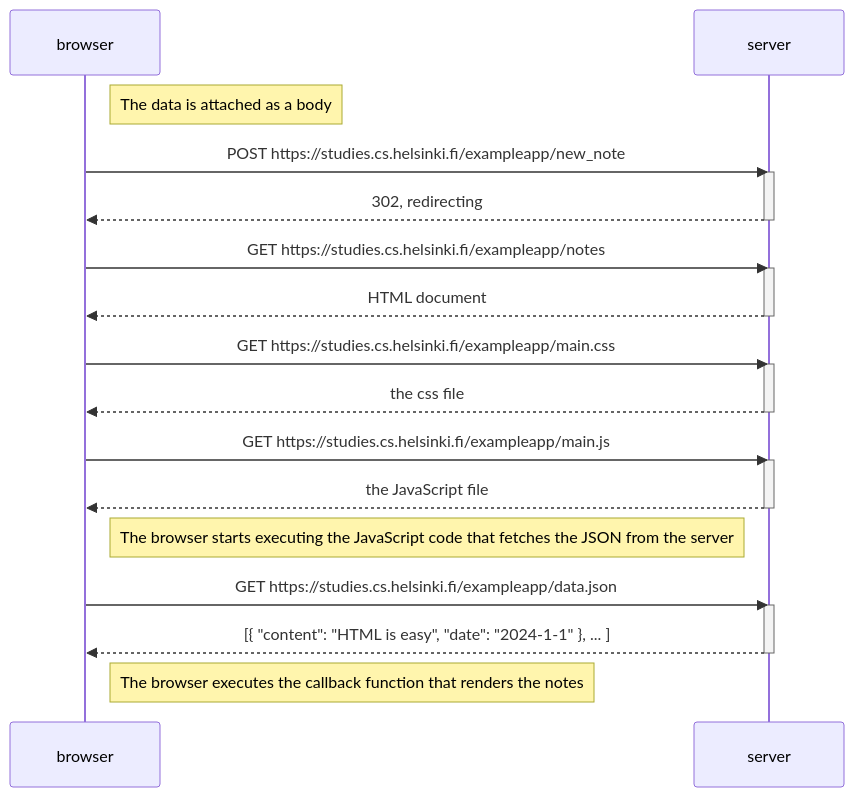
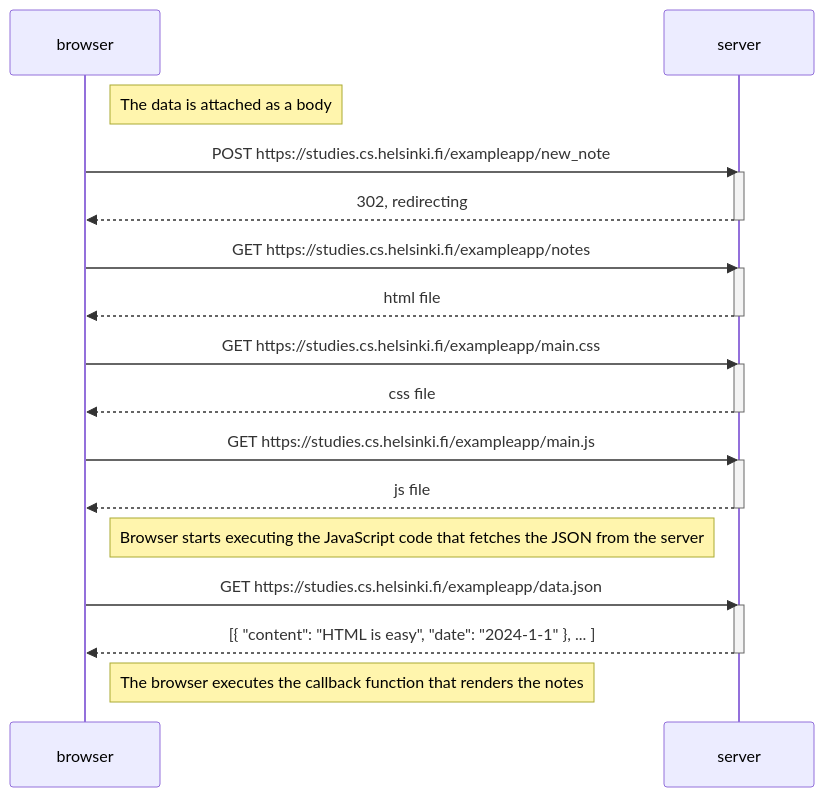
Before and after one commit to nurmiruusu/fullstack-part-0: the diagram in 0.4.md, drawn with Mermaid.

````diff
--- a/0.4.md
+++ b/0.4.md
@@ -1,36 +1,36 @@
 ```mermaid
 sequenceDiagram
     participant browser
     participant server
 Note right of browser: The data is attached as a body
     browser->>server: POST https://studies.cs.helsinki.fi/exampleapp/new_note
     activate server
     server-->>browser: 302, redirecting
     deactivate server
 
     
 
     browser->>server: GET https://studies.cs.helsinki.fi/exampleapp/notes
     activate server
-    server-->>browser: HTML document
+    server-->>browser: html file
     deactivate server
     
     browser->>server: GET https://studies.cs.helsinki.fi/exampleapp/main.css
     activate server
-    server-->>browser: the css file
+    server-->>browser: css file
     deactivate server
     
     browser->>server: GET https://studies.cs.helsinki.fi/exampleapp/main.js
     activate server
-    server-->>browser: the JavaScript file
+    server-->>browser: js file
     deactivate server
     
-    Note right of browser: The browser starts executing the JavaScript code that fetches the JSON from the server
+    Note right of browser: Browser starts executing the JavaScript code that fetches the JSON from the server
     
     browser->>server: GET https://studies.cs.helsinki.fi/exampleapp/data.json
     activate server
     server-->>browser: [{ "content": "HTML is easy", "date": "2024-1-1" }, ... ]
     deactivate server    
 
     Note right of browser: The browser executes the callback function that renders the notes
 ```
````
